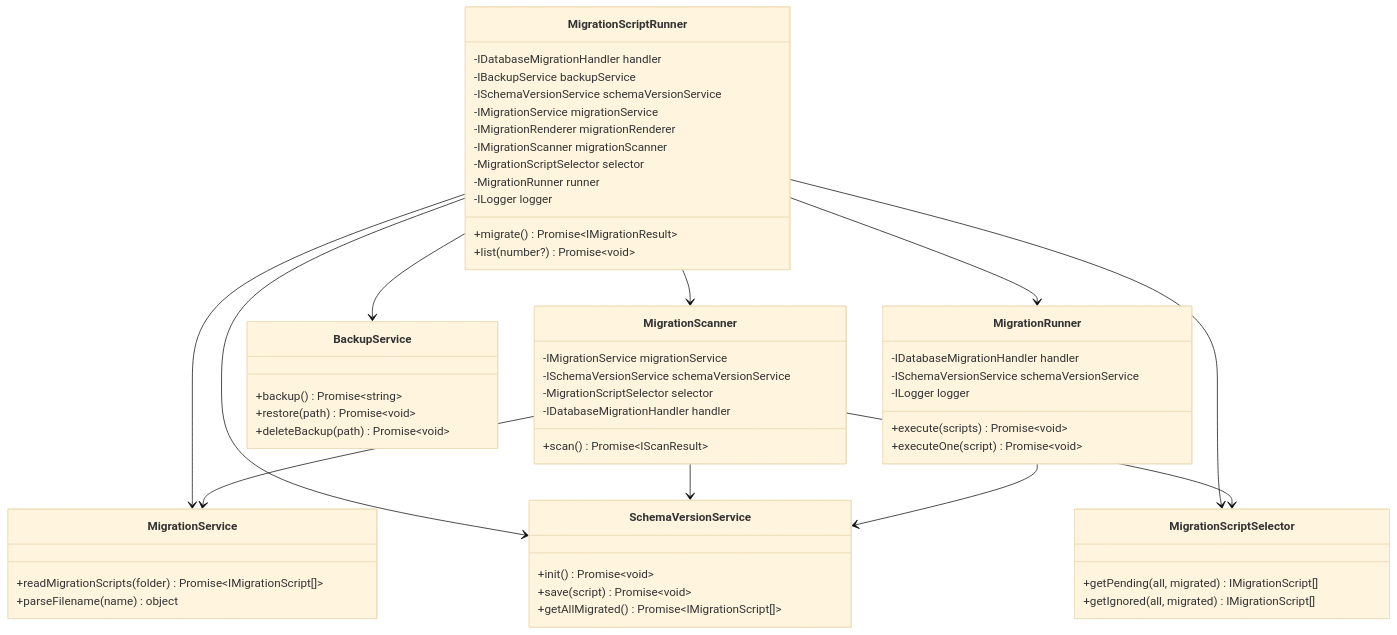
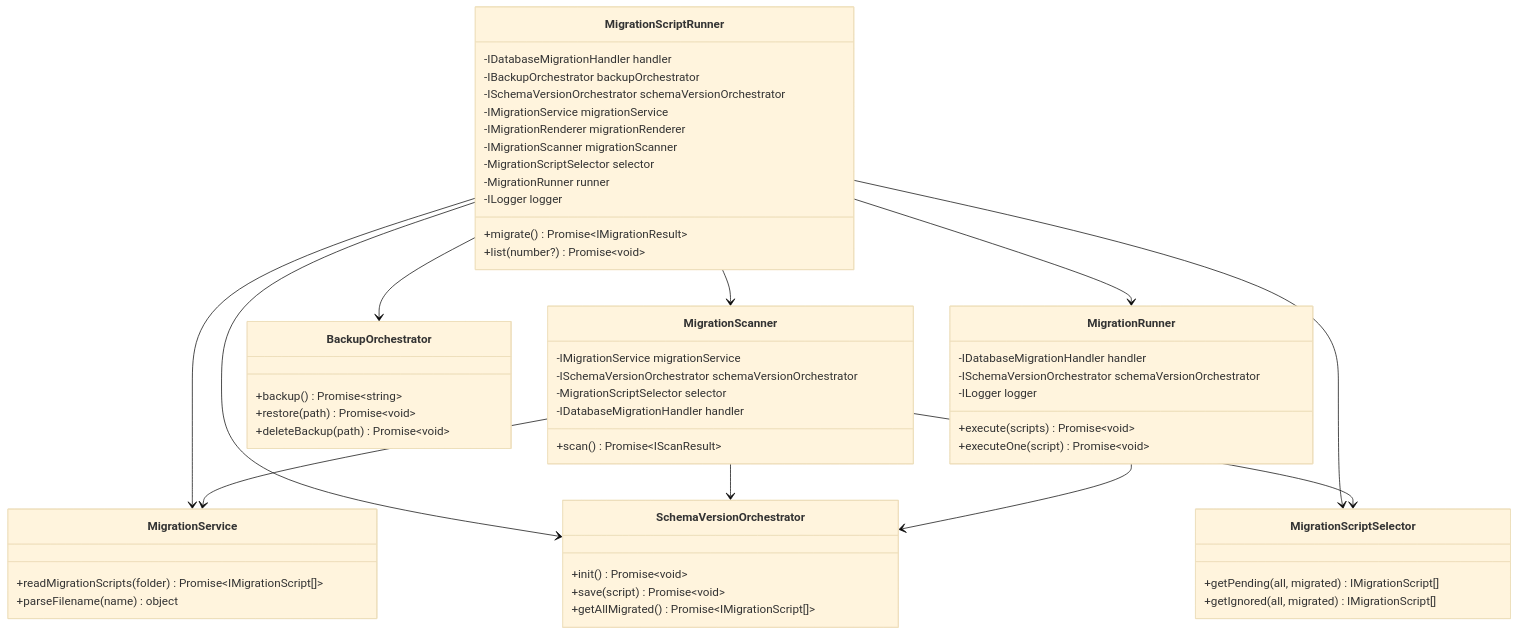
The second of 2 diagrams in docs/development/architecture/data-flow.md (migration-script-runner/msr-core), drawn with Mermaid (base theme) before and after one commit. The commit also changed other lines of this file and 80 other files, not shown here.

````diff
--- a/docs/development/architecture/data-flow.md
+++ b/docs/development/architecture/data-flow.md
@@ -76,67 +76,67 @@
 ```mermaid
 classDiagram
     class MigrationScriptRunner {
         -IDatabaseMigrationHandler handler
-        -IBackupService backupService
-        -ISchemaVersionService schemaVersionService
+        -IBackupOrchestrator backupOrchestrator
+        -ISchemaVersionOrchestrator schemaVersionOrchestrator
         -IMigrationService migrationService
         -IMigrationRenderer migrationRenderer
         -IMigrationScanner migrationScanner
         -MigrationScriptSelector selector
         -MigrationRunner runner
         -ILogger logger
         +migrate() Promise~IMigrationResult~
         +list(number?) Promise~void~
     }
 
     class MigrationScanner {
         -IMigrationService migrationService
-        -ISchemaVersionService schemaVersionService
+        -ISchemaVersionOrchestrator schemaVersionOrchestrator
         -MigrationScriptSelector selector
         -IDatabaseMigrationHandler handler
         +scan() Promise~IScanResult~
     }
 
     class MigrationScriptSelector {
         +getPending(all, migrated) IMigrationScript[]
         +getIgnored(all, migrated) IMigrationScript[]
     }
 
     class MigrationRunner {
         -IDatabaseMigrationHandler handler
-        -ISchemaVersionService schemaVersionService
+        -ISchemaVersionOrchestrator schemaVersionOrchestrator
         -ILogger logger
         +execute(scripts) Promise~void~
         +executeOne(script) Promise~void~
     }
 
-    class BackupService {
+    class BackupOrchestrator {
         +backup() Promise~string~
         +restore(path) Promise~void~
         +deleteBackup(path) Promise~void~
     }
 
-    class SchemaVersionService {
+    class SchemaVersionOrchestrator {
         +init() Promise~void~
         +save(script) Promise~void~
         +getAllMigrated() Promise~IMigrationScript[]~
     }
 
     class MigrationService {
         +readMigrationScripts(folder) Promise~IMigrationScript[]~
         +parseFilename(name) object
     }
 
     MigrationScriptRunner --> MigrationScanner
     MigrationScriptRunner --> MigrationScriptSelector
     MigrationScriptRunner --> MigrationRunner
-    MigrationScriptRunner --> BackupService
-    MigrationScriptRunner --> SchemaVersionService
+    MigrationScriptRunner --> BackupOrchestrator
+    MigrationScriptRunner --> SchemaVersionOrchestrator
     MigrationScriptRunner --> MigrationService
 
     MigrationScanner --> MigrationService
-    MigrationScanner --> SchemaVersionService
+    MigrationScanner --> SchemaVersionOrchestrator
     MigrationScanner --> MigrationScriptSelector
 
-    MigrationRunner --> SchemaVersionService
+    MigrationRunner --> SchemaVersionOrchestrator
 ```
````
